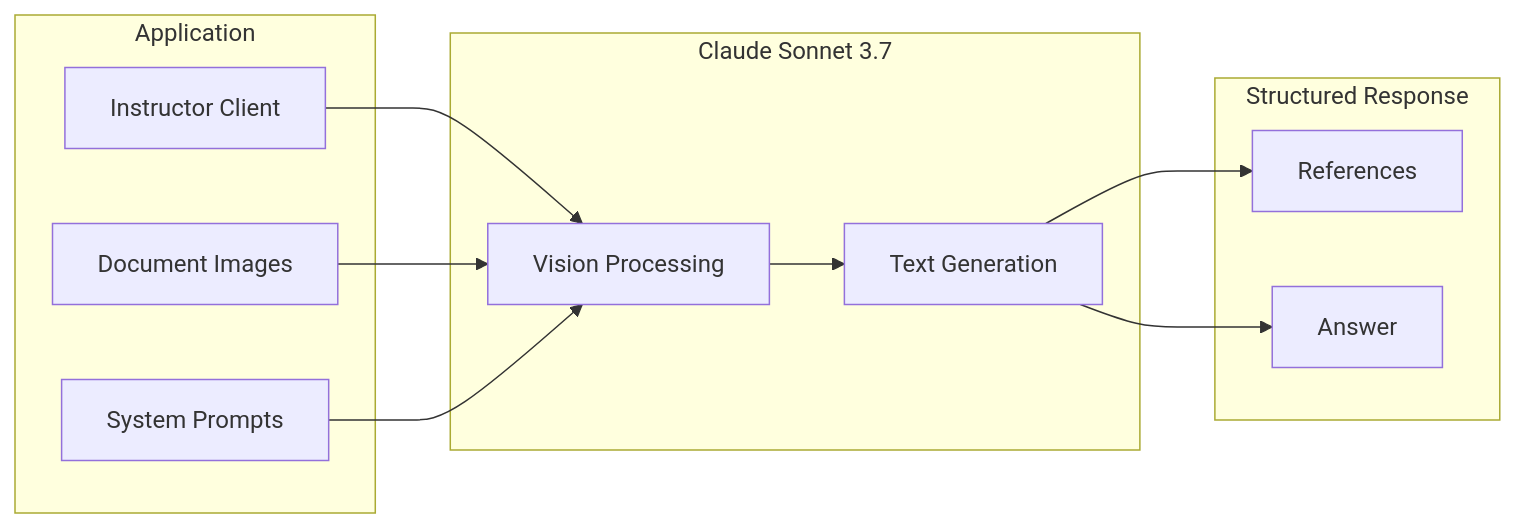
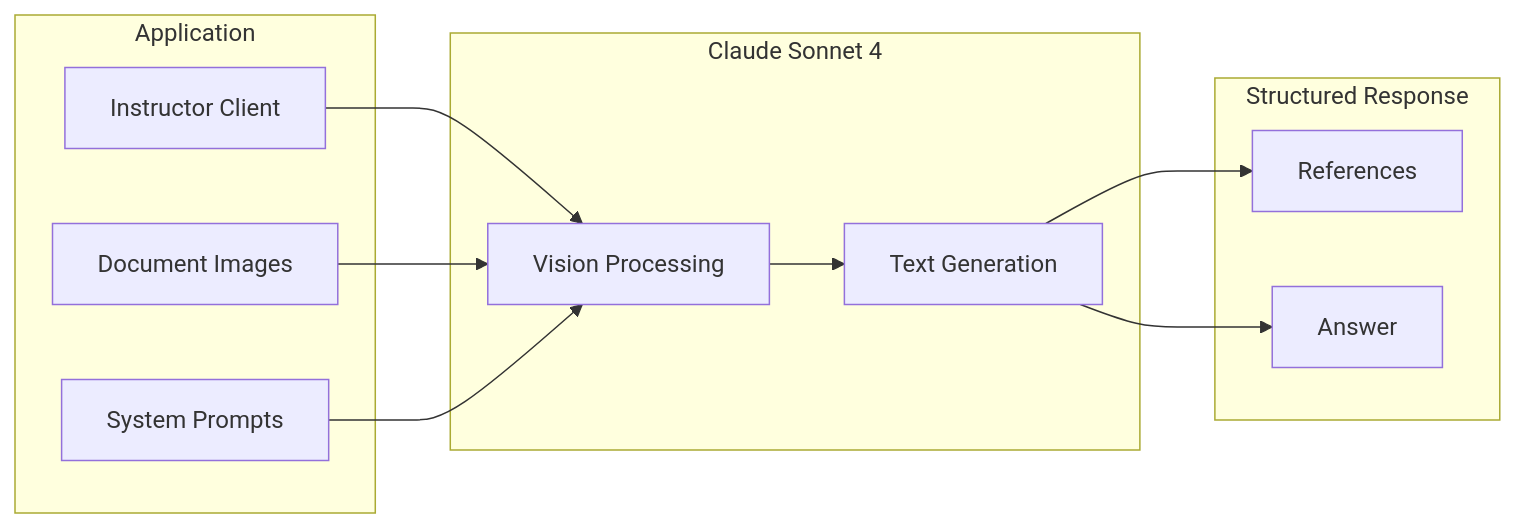
The eighth of 8 diagrams in docs/architecture.md (akosgintl/colpali-rag-app), drawn with Mermaid before and after one commit. The commit also changed other lines of this file and 42 other files, not shown here.

````diff
--- a/docs/architecture.md
+++ b/docs/architecture.md
@@ -276,25 +281,25 @@
 ```mermaid
 graph LR
     subgraph App["Application"]
         Instructor["Instructor Client"]
         Images["Document Images"]
         Prompts["System Prompts"]
     end
 
-    subgraph Anthropic["Claude Sonnet 3.7"]
+    subgraph Anthropic["Claude Sonnet 4"]
         Vision["Vision Processing"]
         Generate["Text Generation"]
     end
 
     subgraph Response["Structured Response"]
         Refs["References"]
         Answer["Answer"]
     end
 
     Instructor --> Vision
     Images --> Vision
     Prompts --> Vision
     Vision --> Generate
     Generate --> Refs
     Generate --> Answer
 ```
````
